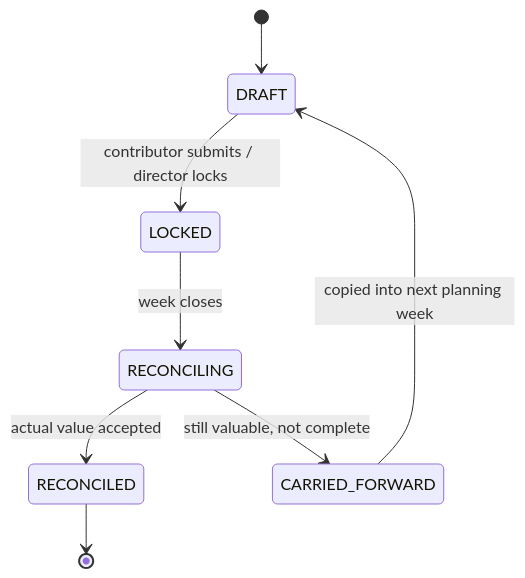
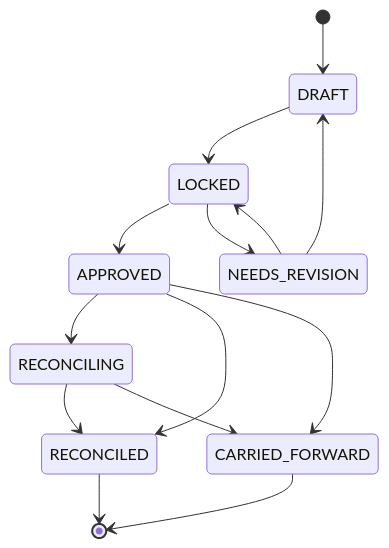
The second of 2 diagrams in docs/ARCHITECTURE.md (trossitter/cadence), drawn with Mermaid before and after one commit. The commit also changed other lines of this file and 1 other file, not shown here.

Commit message:
Polish Cadence docs for demo flow

````diff
--- a/docs/ARCHITECTURE.md
+++ b/docs/ARCHITECTURE.md
@@ -80,10 +119,16 @@
 ```mermaid
 stateDiagram-v2
   [*] --> DRAFT
-  DRAFT --> LOCKED: contributor submits / director locks
-  LOCKED --> RECONCILING: week closes
-  RECONCILING --> RECONCILED: actual value accepted
-  RECONCILING --> CARRIED_FORWARD: still valuable, not complete
-  CARRIED_FORWARD --> DRAFT: copied into next planning week
+  DRAFT --> LOCKED
+  LOCKED --> APPROVED
+  LOCKED --> NEEDS_REVISION
+  NEEDS_REVISION --> DRAFT
+  NEEDS_REVISION --> LOCKED
+  APPROVED --> RECONCILING
+  APPROVED --> RECONCILED
+  APPROVED --> CARRIED_FORWARD
+  RECONCILING --> RECONCILED
+  RECONCILING --> CARRIED_FORWARD
   RECONCILED --> [*]
+  CARRIED_FORWARD --> [*]
 ```
````
